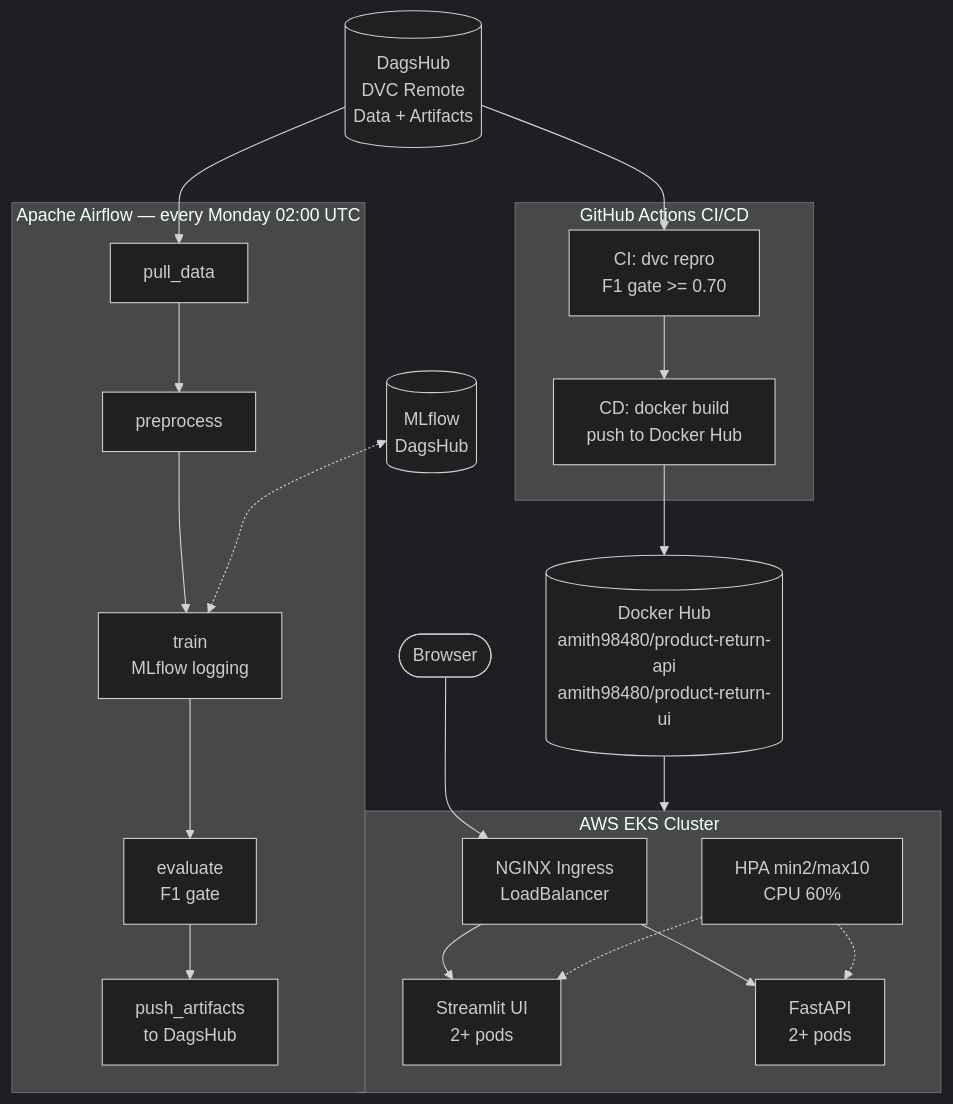
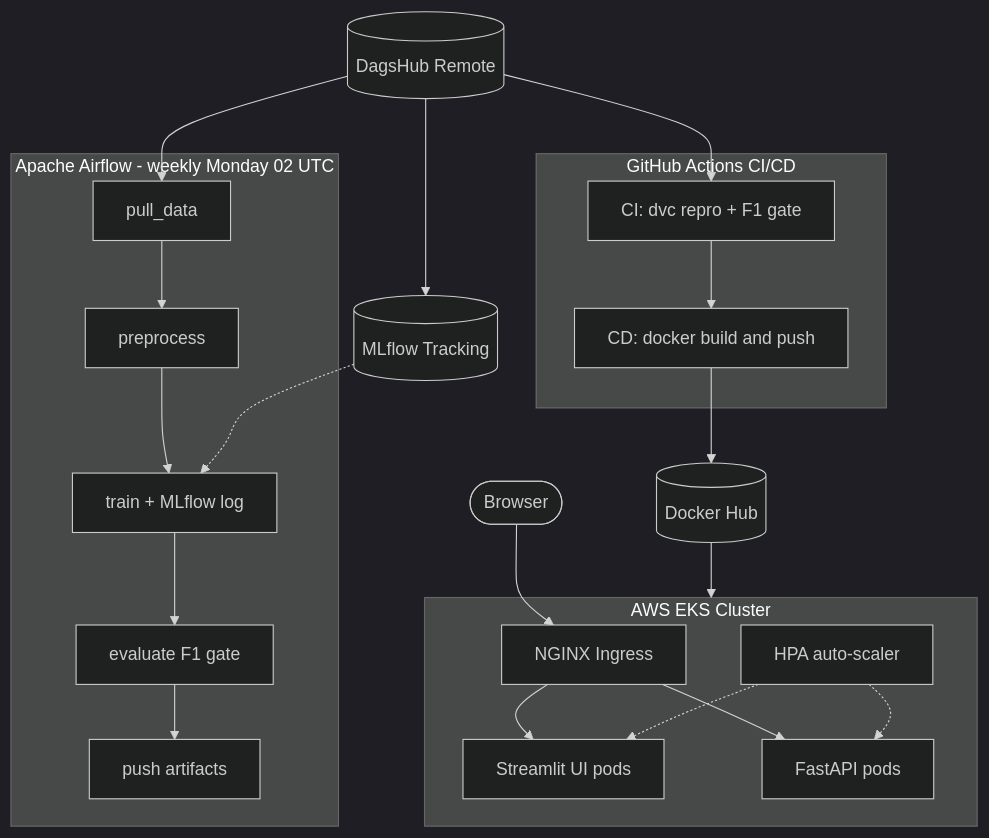
Before and after one commit to Amith-Ganta/MLOPS-mlflow-DagsHub-DVC-Airflow: the first of 6 diagrams in README.md, drawn with Mermaid (dark theme). The commit also changed other lines of this file, not shown here.

First line of the commit message:
docs: fix all 6 Mermaid diagrams for GitHub rendering

````diff
--- a/README.md
+++ b/README.md
@@ -40,26 +39,30 @@
 ```mermaid
 graph TD
-    DS[(DagsHub\nDVC Remote\nData + Artifacts)] --> CI
+    DS[(DagsHub Remote)] --> CI
     DS --> CT
+    DS --> MLFLOW[(MLflow Tracking)]
 
-    subgraph CICD ["GitHub Actions CI/CD"]
-        CI[CI: dvc repro\nF1 gate >= 0.70] --> CD[CD: docker build\npush to Docker Hub]
+    subgraph CICD [GitHub Actions CI/CD]
+        CI[CI: dvc repro + F1 gate] --> CD[CD: docker build and push]
     end
 
-    subgraph AIRFLOW ["Apache Airflow — every Monday 02:00 UTC"]
-        CT[pull_data] --> PP[preprocess] --> TR[train\nMLflow logging] --> EV[evaluate\nF1 gate] --> PA[push_artifacts\nto DagsHub]
+    subgraph AIRFLOW [Apache Airflow - weekly Monday 02 UTC]
+        CT[pull_data] --> PP[preprocess]
+        PP --> TR[train + MLflow log]
+        TR --> EV[evaluate F1 gate]
+        EV --> PA[push artifacts]
     end
 
-    CD --> DH[(Docker Hub\namith98480/product-return-api\namith98480/product-return-ui)]
+    CD --> DH[(Docker Hub)]
     DH --> EKS
 
-    subgraph EKS ["AWS EKS Cluster"]
-        ING[NGINX Ingress\nLoadBalancer] --> UI[Streamlit UI\n2+ pods]
-        ING --> API[FastAPI\n2+ pods]
-        HPA[HPA min2/max10\nCPU 60%] -.-> UI
+    subgraph EKS [AWS EKS Cluster]
+        ING[NGINX Ingress] --> UI[Streamlit UI pods]
+        ING --> API[FastAPI pods]
+        HPA[HPA auto-scaler] -.-> UI
         HPA -.-> API
     end
 
     USER([Browser]) --> ING
-    MLFLOW[(MLflow\nDagsHub)] <-.-> TR
+    MLFLOW -.-> TR
 ```
````
